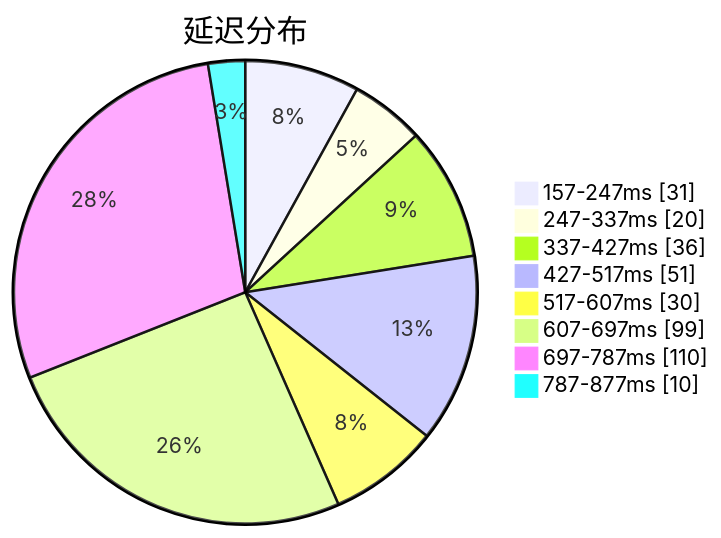
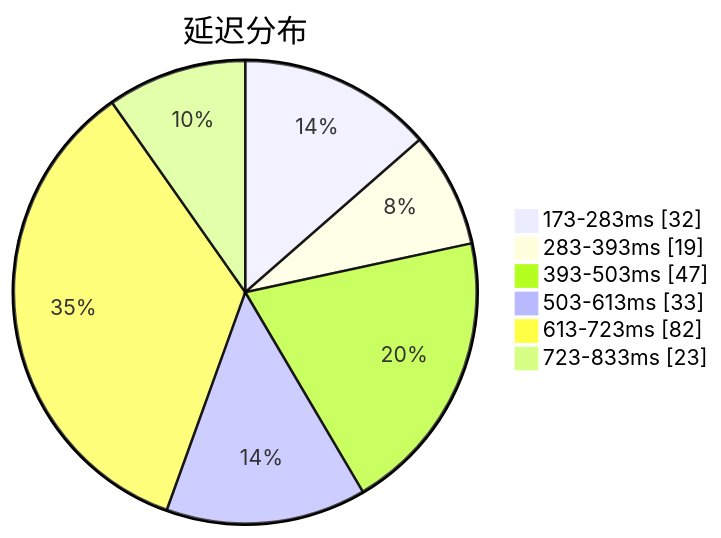
Before and after one commit to qjlxg/airport: the first of 3 diagrams in subs/statistics/tested_within.md, drawn with Mermaid. The commit also changed other lines of this file and 2 other files, not shown here.

````diff
--- a/subs/statistics/tested_within.md
+++ b/subs/statistics/tested_within.md
@@ -2,12 +2,10 @@
 ```mermaid
 pie showData
 title 延迟分布
-"157-247ms" : 31
-"247-337ms" : 20
-"337-427ms" : 36
-"427-517ms" : 51
-"517-607ms" : 30
-"607-697ms" : 99
-"697-787ms" : 110
-"787-877ms" : 10
+"173-283ms" : 32
+"283-393ms" : 19
+"393-503ms" : 47
+"503-613ms" : 33
+"613-723ms" : 82
+"723-833ms" : 23
 ```
````
